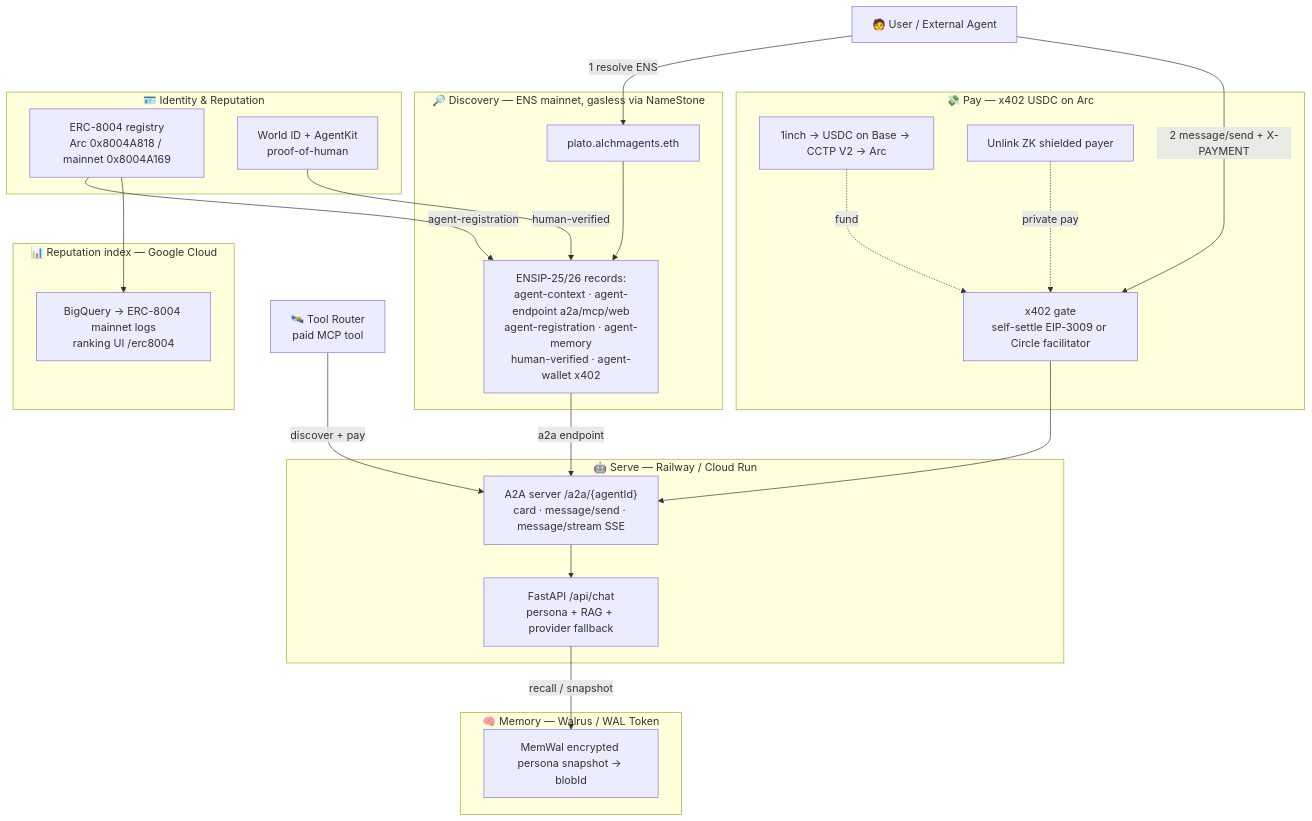
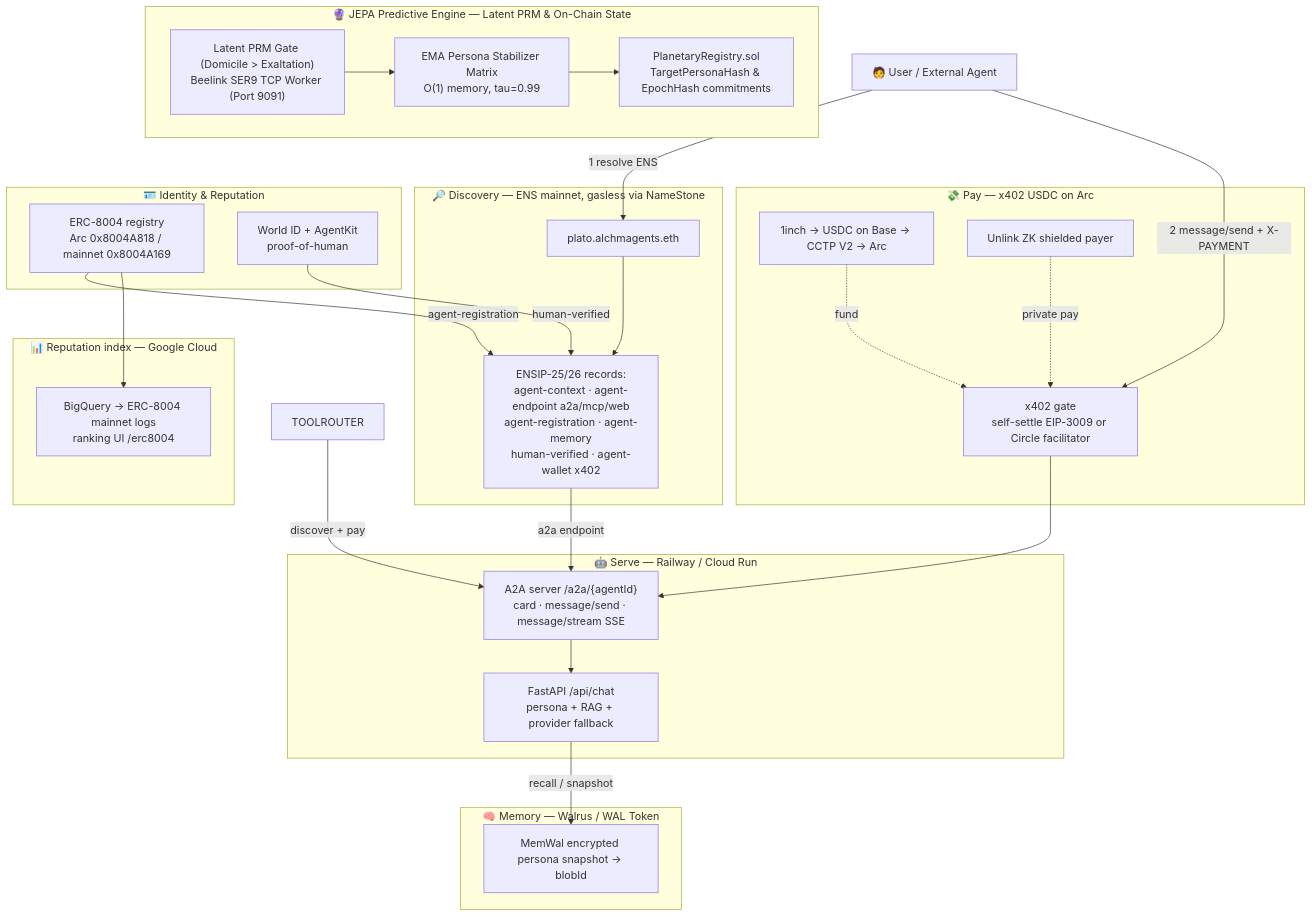
One commit to gregcastro23/alchm-agents-solana changed the first of 3 diagrams in INTEGRATIONS.md. Above: the diagram before and after it, drawn with Mermaid. The commit also changed 11 other files, not shown here.

First line of the commit message:
feat(jepa): implement Joint Embedding Predictive Architecture & on-chain state sync

````diff
--- a/INTEGRATIONS.md
+++ b/INTEGRATIONS.md
@@ -17,48 +17,53 @@
 ```mermaid
 flowchart TB
     User["🧑 User / External Agent"]
 
     subgraph Discovery["🔎 Discovery — ENS mainnet, gasless via NameStone"]
         ENS["plato.alchmagents.eth"]
         REC["ENSIP-25/26 records:<br/>agent-context · agent-endpoint a2a/mcp/web<br/>agent-registration · agent-memory<br/>human-verified · agent-wallet x402"]
         ENS --> REC
     end
 
     subgraph Serve["🤖 Serve — Railway / Cloud Run"]
         A2A["A2A server /a2a/{agentId}<br/>card · message/send · message/stream SSE"]
         CHAT["FastAPI /api/chat<br/>persona + RAG + provider fallback"]
         A2A --> CHAT
     end
 
     subgraph Pay["💸 Pay — x402 USDC on Arc"]
         X402["x402 gate<br/>self-settle EIP-3009 or Circle facilitator"]
         ONRAMP["1inch → USDC on Base → CCTP V2 → Arc"]
         UNLINK["Unlink ZK shielded payer"]
     end
 
     subgraph Identity["🪪 Identity & Reputation"]
         ERC8004["ERC-8004 registry<br/>Arc 0x8004A818 / mainnet 0x8004A169"]
         WORLD["World ID + AgentKit<br/>proof-of-human"]
     end
 
     subgraph Memory["🧠 Memory — Walrus / WAL Token"]
         MEMWAL["MemWal encrypted persona snapshot → blobId"]
     end
 
     subgraph Index["📊 Reputation index — Google Cloud"]
         BQ["BigQuery → ERC-8004 mainnet logs<br/>ranking UI /erc8004"]
     end
 
-    TOOLROUTER["🛰️ Tool Router<br/>paid MCP tool"]
+    subgraph JEPA["🔮 JEPA Predictive Engine — Latent PRM & On-Chain State"]
+        PRM["Latent PRM Gate (Domicile > Exaltation)<br/>Beelink SER9 TCP Worker (Port 9091)"]
+        EMA["EMA Persona Stabilizer Matrix<br/>O(1) memory, tau=0.99"]
+        REGISTRY["PlanetaryRegistry.sol<br/>TargetPersonaHash & EpochHash commitments"]
+        PRM --> EMA --> REGISTRY
+    end
 
     User -->|1 resolve ENS| ENS
     REC -->|a2a endpoint| A2A
     User -->|2 message/send + X-PAYMENT| X402 --> A2A
     ONRAMP -.fund.-> X402
     UNLINK -.private pay.-> X402
     WORLD -->|human-verified| REC
     ERC8004 -->|agent-registration| REC
     CHAT -->|recall / snapshot| MEMWAL
     ERC8004 --> BQ
     TOOLROUTER -->|discover + pay| A2A
 ```
````
